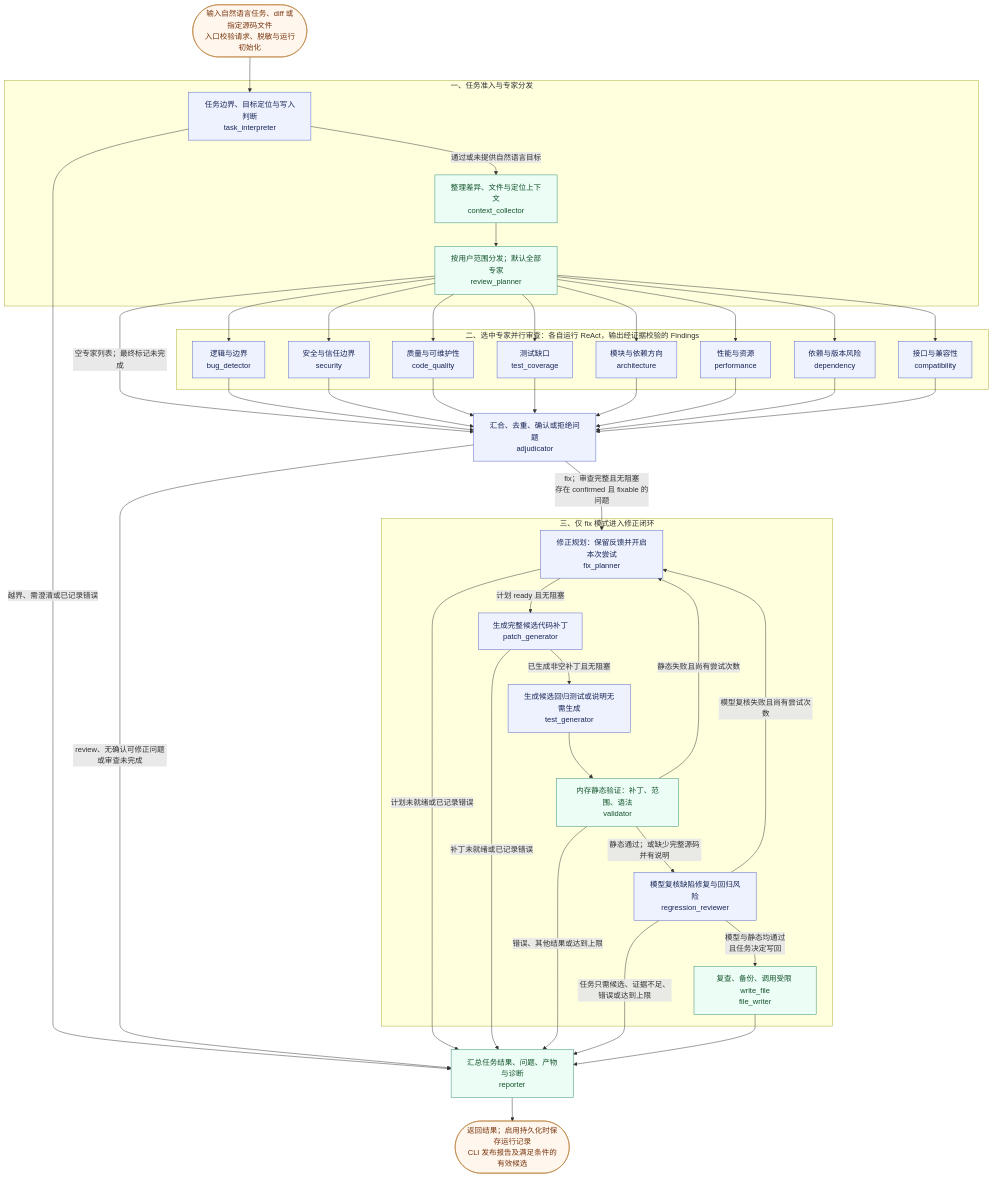
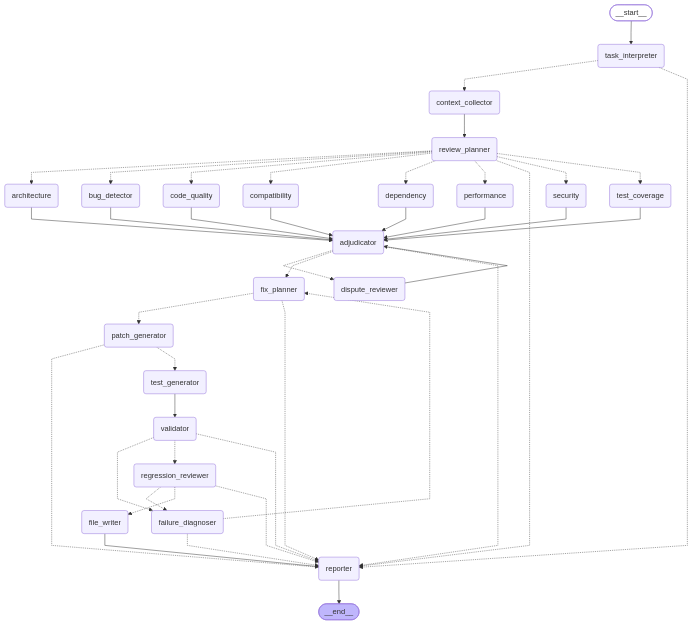
One commit to 12345zsk/multi-agent-code-review changed the first of 3 diagrams in docs/ARCHITECTURE.md. Above: the diagram before and after it, drawn with Mermaid. The commit also changed other lines of this file and 42 other files, not shown here.

Commit message:
Implement dynamic review planning and evidence-aware ReAct workflow

````diff
--- a/docs/ARCHITECTURE.md
+++ b/docs/ARCHITECTURE.md
@@ -25,68 +25,75 @@
 ```mermaid
-flowchart TB
-    START(["输入自然语言任务、diff 或指定源码文件<br/>入口校验请求、脱敏与运行初始化"])
+---
+config:
+  flowchart:
+    curve: linear
+---
+graph TD;
+	__start__([<p>__start__</p>]):::first
+	task_interpreter(task_interpreter)
+	context_collector(context_collector)
+	review_planner(review_planner)
+	bug_detector(bug_detector)
+	security(security)
+	code_quality(code_quality)
+	test_coverage(test_coverage)
+	architecture(architecture)
+	performance(performance)
+	dependency(dependency)
+	compatibility(compatibility)
+	adjudicator(adjudicator)
+	dispute_reviewer(dispute_reviewer)
+	fix_planner(fix_planner)
+	patch_generator(patch_generator)
+	test_generator(test_generator)
+	validator(validator)
+	regression_reviewer(regression_reviewer)
+	failure_diagnoser(failure_diagnoser)
+	file_writer(file_writer)
+	reporter(reporter)
+	__end__([<p>__end__</p>]):::last
+	__start__ --> task_interpreter;
+	adjudicator -.-> dispute_reviewer;
+	adjudicator -.-> fix_planner;
+	adjudicator -.-> reporter;
+	architecture --> adjudicator;
+	bug_detector --> adjudicator;
+	code_quality --> adjudicator;
+	compatibility --> adjudicator;
+	context_collector --> review_planner;
+	dependency --> adjudicator;
+	dispute_reviewer --> adjudicator;
+	failure_diagnoser -.-> fix_planner;
+	failure_diagnoser -.-> reporter;
+	file_writer --> reporter;
+	fix_planner -.-> patch_generator;
+	fix_planner -.-> reporter;
+	patch_generator -.-> reporter;
+	patch_generator -.-> test_generator;
+	performance --> adjudicator;
+	regression_reviewer -.-> failure_diagnoser;
+	regression_reviewer -.-> file_writer;
+	regression_reviewer -.-> reporter;
+	review_planner -.-> architecture;
+	review_planner -.-> bug_detector;
+	review_planner -.-> code_quality;
+	review_planner -.-> compatibility;
+	review_planner -.-> dependency;
+	review_planner -.-> performance;
+	review_planner -.-> reporter;
+	review_planner -.-> security;
+	review_planner -.-> test_coverage;
+	security --> adjudicator;
+	task_interpreter -.-> context_collector;
+	task_interpreter -.-> reporter;
+	test_coverage --> adjudicator;
+	test_generator --> validator;
+	validator -.-> failure_diagnoser;
+	validator -.-> regression_reviewer;
+	validator -.-> reporter;
+	reporter --> __end__;
+	classDef default fill:#f2f0ff,line-height:1.2
+	classDef first fill-opacity:0
+	classDef last fill:#bfb6fc
 
-    subgraph admission["一、任务准入与专家分发"]
-        task_interpreter["任务边界、目标定位与写入判断<br/>task_interpreter"]
-        context_collector["整理差异、文件与定位上下文<br/>context_collector"]
-        review_planner["按用户范围分发；默认全部专家<br/>review_planner"]
-    end
-
-    subgraph specialists["二、选中专家并行审查：各自运行 ReAct，输出经证据校验的 Findings"]
-        bug_detector["逻辑与边界<br/>bug_detector"]
-        security["安全与信任边界<br/>security"]
-        code_quality["质量与可维护性<br/>code_quality"]
-        test_coverage["测试缺口<br/>test_coverage"]
-        architecture["模块与依赖方向<br/>architecture"]
-        performance["性能与资源<br/>performance"]
-        dependency["依赖与版本风险<br/>dependency"]
-        compatibility["接口与兼容性<br/>compatibility"]
-    end
-
-    adjudicator["汇合、去重、确认或拒绝问题<br/>adjudicator"]
-
-    subgraph repair["三、仅 fix 模式进入修正闭环"]
-        fix_planner["修正规划：保留反馈并开启本次尝试<br/>fix_planner"]
-        patch_generator["生成完整候选代码补丁<br/>patch_generator"]
-        test_generator["生成候选回归测试或说明无需生成<br/>test_generator"]
-        validator["内存静态验证：补丁、范围、语法<br/>validator"]
-        regression_reviewer["模型复核缺陷修复与回归风险<br/>regression_reviewer"]
-        file_writer["复查、备份、调用受限 write_file<br/>file_writer"]
-    end
-
-    reporter["汇总任务结果、问题、产物与诊断<br/>reporter"]
-    FINISH(["返回结果；启用持久化时保存运行记录<br/>CLI 发布报告及满足条件的有效候选"])
-
-    START --> task_interpreter
-    task_interpreter -->|"通过或未提供自然语言目标"| context_collector
-    task_interpreter -->|"越界、需澄清或已记录错误"| reporter
-    context_collector --> review_planner
-    review_planner --> bug_detector & security & code_quality & test_coverage
-    review_planner --> architecture & performance & dependency & compatibility
-    review_planner -->|"空专家列表；最终标记未完成"| adjudicator
-    bug_detector & security & code_quality & test_coverage --> adjudicator
-    architecture & performance & dependency & compatibility --> adjudicator
-
-    adjudicator -->|"review、无确认可修正问题或审查未完成"| reporter
-    adjudicator -->|"fix；审查完整且无阻塞<br/>存在 confirmed 且 fixable 的问题"| fix_planner
-    fix_planner -->|"计划 ready 且无阻塞"| patch_generator
-    fix_planner -->|"计划未就绪或已记录错误"| reporter
-    patch_generator -->|"已生成非空补丁且无阻塞"| test_generator
-    patch_generator -->|"补丁未就绪或已记录错误"| reporter
-    test_generator --> validator
-    validator -->|"静态通过；或缺少完整源码并有说明"| regression_reviewer
-    validator -->|"静态失败且尚有尝试次数"| fix_planner
-    validator -->|"错误、其他结果或达到上限"| reporter
-    regression_reviewer -->|"模型复核失败且尚有尝试次数"| fix_planner
-    regression_reviewer -->|"模型与静态均通过<br/>且任务决定写回"| file_writer
-    regression_reviewer -->|"任务只需候选、证据不足、错误或达到上限"| reporter
-    file_writer --> reporter
-    reporter --> FINISH
-
-    classDef modelAgent fill:#eef2ff,stroke:#5262c6,color:#172554
-    classDef program fill:#ecfdf5,stroke:#2e8b70,color:#14532d
-    classDef boundary fill:#fff7ed,stroke:#b77933,color:#78350f
-    class task_interpreter,bug_detector,security,code_quality,test_coverage,architecture,performance,dependency,compatibility,adjudicator,fix_planner,patch_generator,test_generator,regression_reviewer modelAgent
-    class context_collector,review_planner,validator,file_writer,reporter program
-    class START,FINISH boundary
 ```
````
